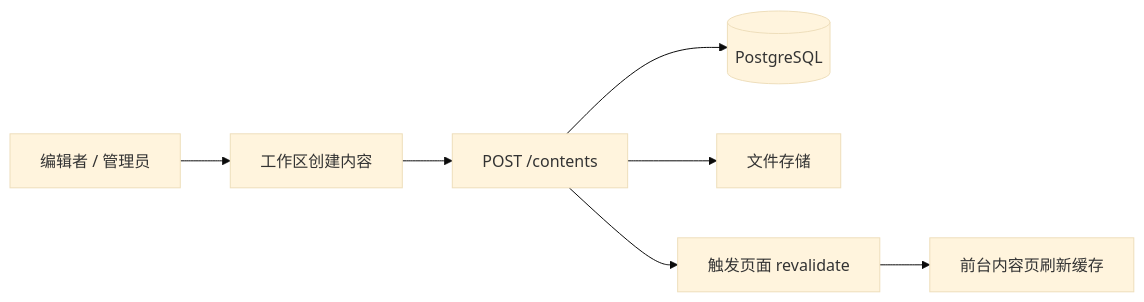
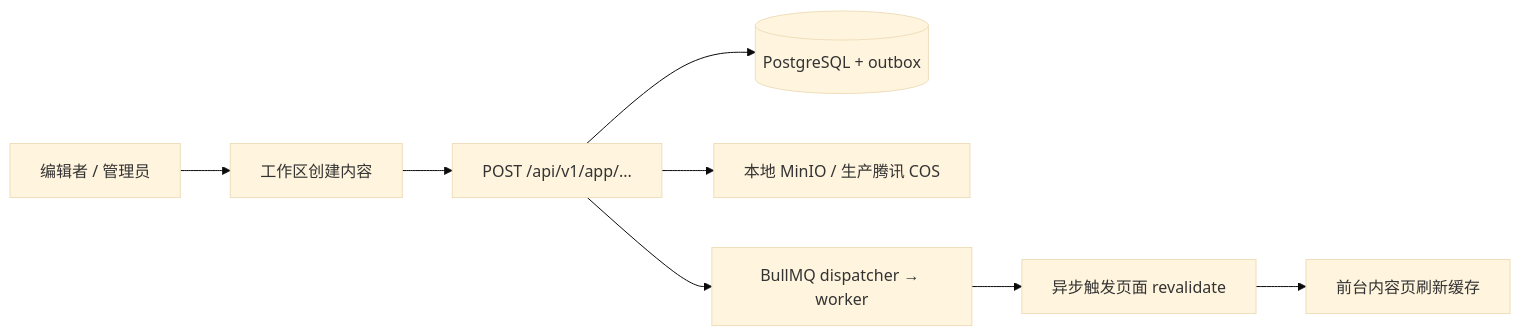
One commit to orangejava/personal-hub changed the eighth of 10 diagrams in docs/foundation/architecture.md. Above: the diagram before and after it, drawn with Mermaid (base theme). The commit also changed other lines of this file and 47 other files, not shown here.

````diff
--- a/docs/foundation/architecture.md
+++ b/docs/foundation/architecture.md
@@ -230,9 +232,10 @@
 ```mermaid
 flowchart LR
     Editor["编辑者 / 管理员"] --> Workspace["工作区创建内容"]
-    Workspace --> Api["POST /contents"]
-    Api --> Db[("PostgreSQL")]
-    Api --> Storage["文件存储"]
-    Api --> Revalidate["触发页面 revalidate"]
+    Workspace --> Api["POST /api/v1/app/..."]
+    Api --> Db[("PostgreSQL + outbox")]
+    Api --> Storage["本地 MinIO / 生产腾讯 COS"]
+    Api --> Queue["BullMQ dispatcher → worker"]
+    Queue --> Revalidate["异步触发页面 revalidate"]
     Revalidate --> Public["前台内容页刷新缓存"]
 ```
````
